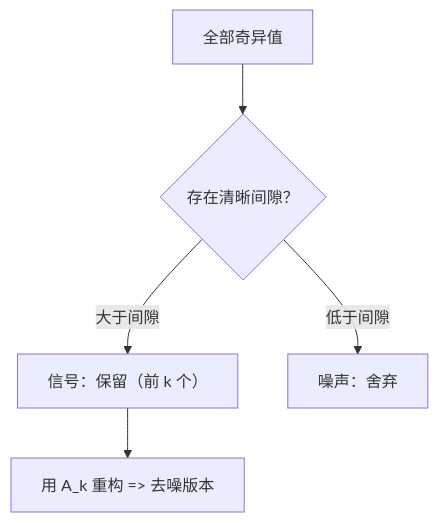
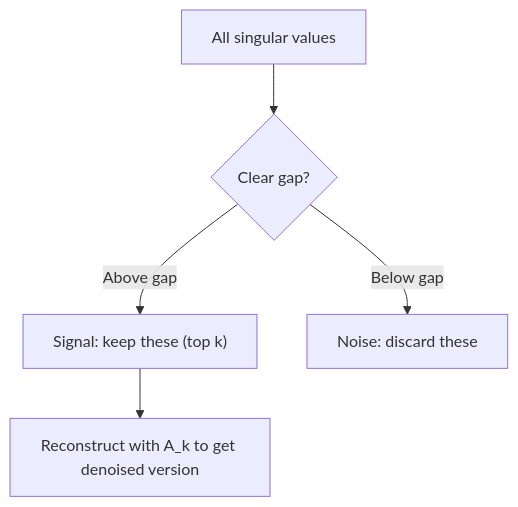
One commit to omigaZen/ai-engineering-from-scratch changed the second of 2 diagrams in phases/01-math-foundations/11-singular-value-decomposition/docs/zh.md. Above: the diagram before and after it, drawn with Mermaid. The commit also changed other lines of this file and 32 other files, not shown here.

````diff
--- a/phases/01-math-foundations/11-singular-value-decomposition/docs/zh.md
+++ b/phases/01-math-foundations/11-singular-value-decomposition/docs/zh.md
@@ -274,7 +274,7 @@
 ```mermaid
 graph TD
-    A["全部奇异值"] --> B{"存在清晰间隙？"}
-    B -->|"大于间隙"| C["信号：保留（前 k 个）"]
-    B -->|"低于间隙"| D["噪声：舍弃"]
-    C --> E["用 A_k 重构 => 去噪版本"]
+    A["All singular values"] --> B{"Clear gap?"}
+    B -->|"Above gap"| C["Signal: keep these (top k)"]
+    B -->|"Below gap"| D["Noise: discard these"]
+    C --> E["Reconstruct with A_k to get denoised version"]
 ```
````
